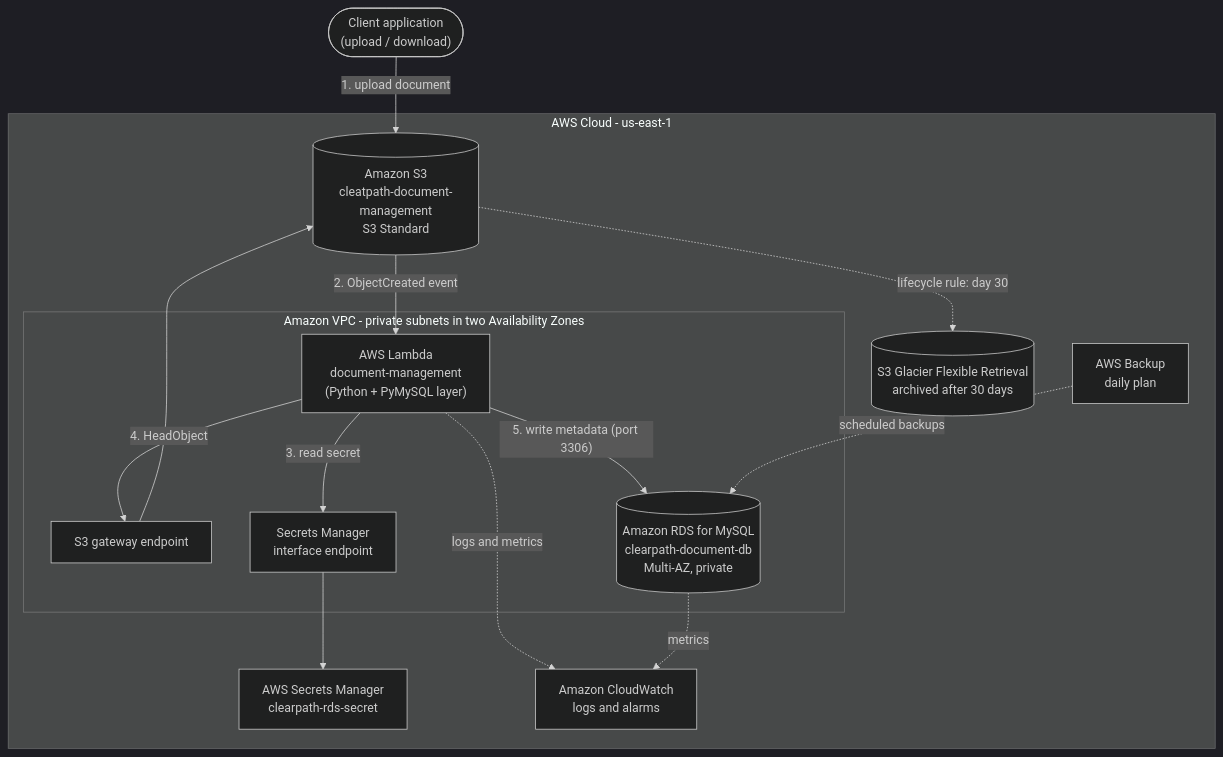
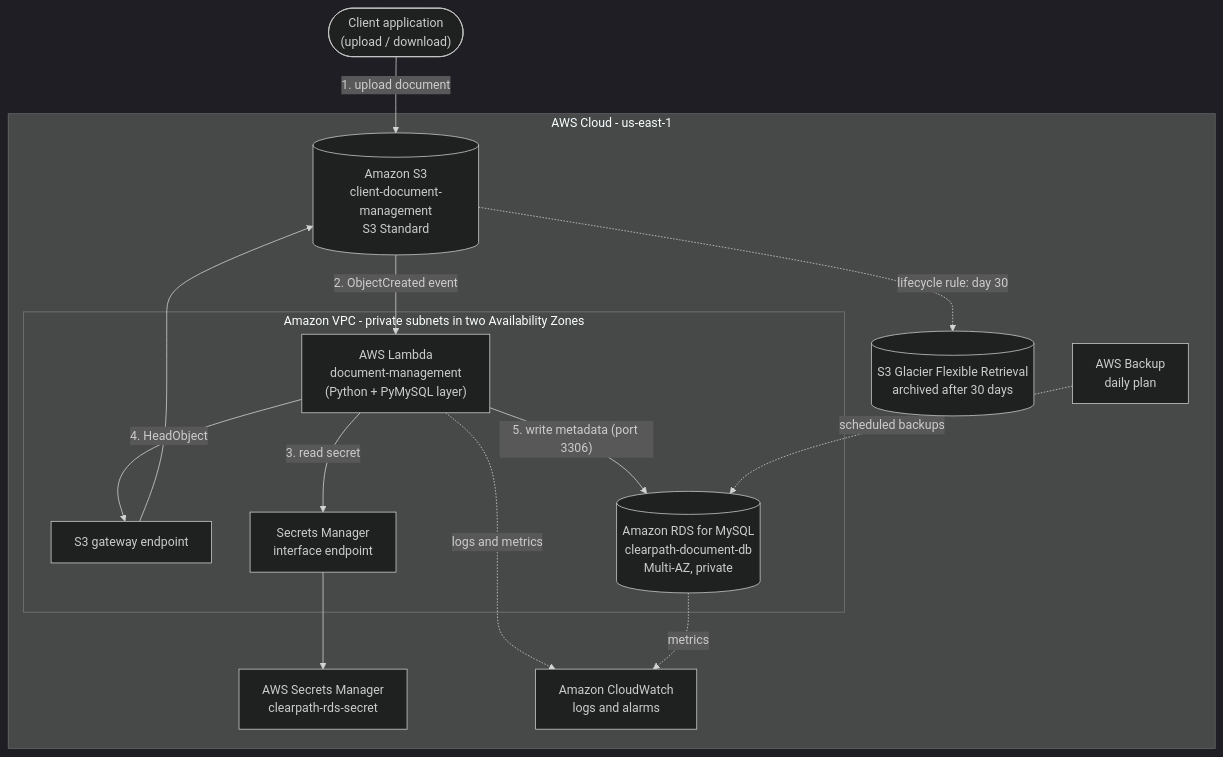
Before and after one commit to CeejayB3-human/Document-Management-platform: the diagram in README.md, drawn with Mermaid (dark theme). The commit also changed other lines of this file, not shown here.

````diff
--- a/README.md
+++ b/README.md
@@ -13,32 +13,32 @@
 ```mermaid
 flowchart TB
     client(["Client application<br/>(upload / download)"])
 
     subgraph aws["AWS Cloud - us-east-1"]
-        s3[("Amazon S3<br/>cleatpath-document-management<br/>S3 Standard")]
+        s3[("Amazon S3<br/>client-document-management<br/>S3 Standard")]
         glacier[("S3 Glacier Flexible Retrieval<br/>archived after 30 days")]
 
         subgraph vpc["Amazon VPC - private subnets in two Availability Zones"]
             lambda["AWS Lambda<br/>document-management<br/>(Python + PyMySQL layer)"]
             s3ep["S3 gateway endpoint"]
             smep["Secrets Manager<br/>interface endpoint"]
             rds[("Amazon RDS for MySQL<br/>clearpath-document-db<br/>Multi-AZ, private")]
         end
 
         secrets["AWS Secrets Manager<br/>clearpath-rds-secret"]
         backup["AWS Backup<br/>daily plan"]
         cw["Amazon CloudWatch<br/>logs and alarms"]
     end
 
     client -->|"1. upload document"| s3
     s3 -->|"2. ObjectCreated event"| lambda
     lambda -->|"3. read secret"| smep
     smep --> secrets
     lambda -->|"4. HeadObject"| s3ep
     s3ep --> s3
     lambda -->|"5. write metadata (port 3306)"| rds
     s3 -.->|"lifecycle rule: day 30"| glacier
     backup -.->|"scheduled backups"| rds
     lambda -.->|"logs and metrics"| cw
     rds -.->|"metrics"| cw
 ```
````
